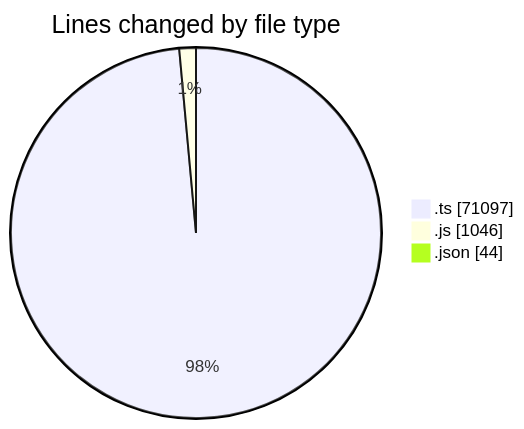
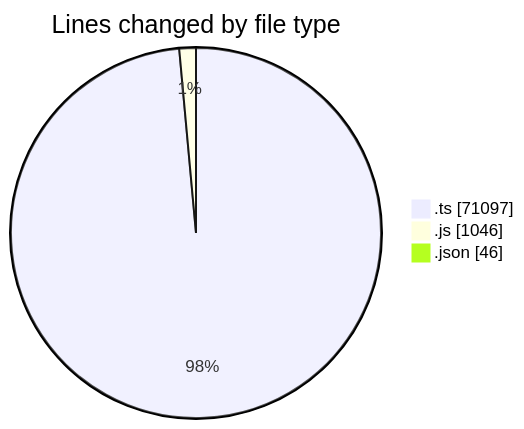
Before and after one commit to momahboobian/code-tracking: the first of 2 diagrams in 2025-09-29/cda/README.md, drawn with Mermaid. The commit also changed other lines of this file and 1 other file, not shown here.

````diff
--- a/2025-09-29/cda/README.md
+++ b/2025-09-29/cda/README.md
@@ -30,7 +30,7 @@
 ```mermaid
 pie showData
 title Lines changed by file type
 ".ts" : 71097
 ".js" : 1046
-".json" : 44
+".json" : 46
 ```
````
